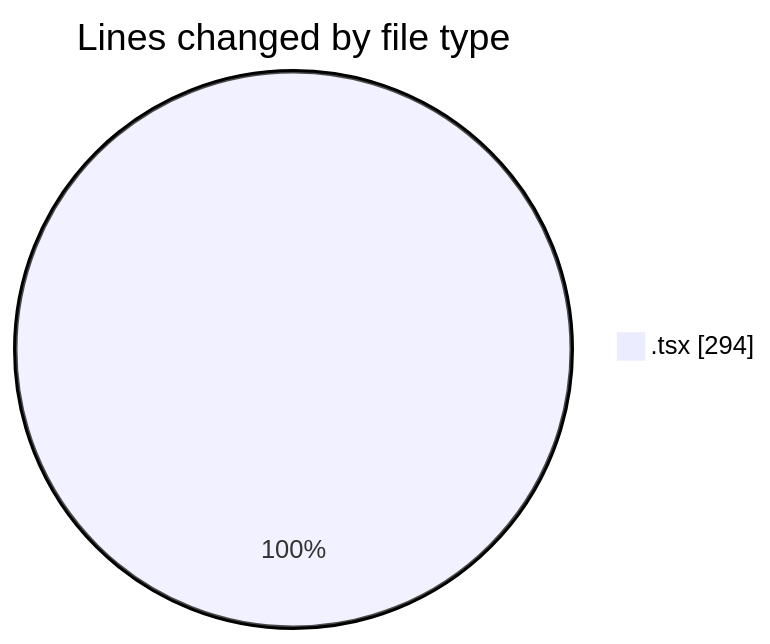
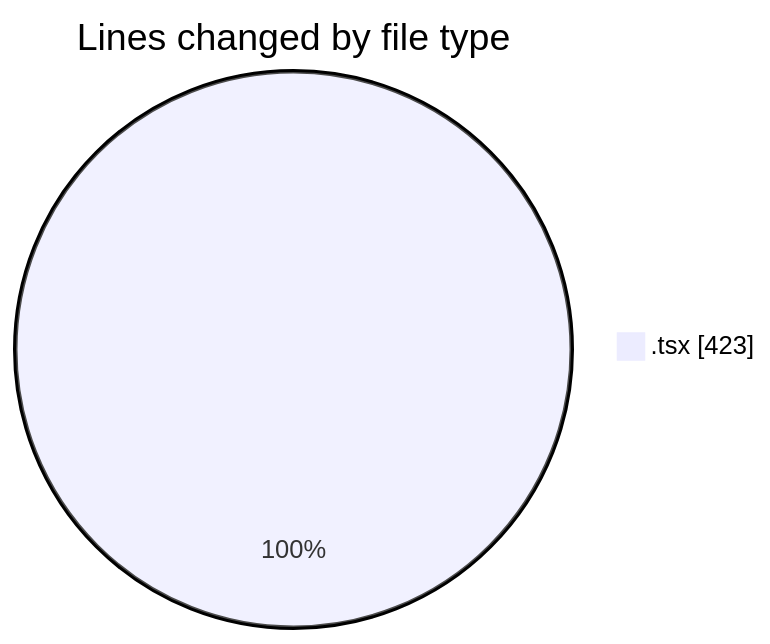
The first of 2 diagrams in 2025-03-10/mbc-web/README.md (robertbonfada/code-tracking), drawn with Mermaid before and after one commit. The commit also changed other lines of this file and 1 other file, not shown here.

````diff
--- a/2025-03-10/mbc-web/README.md
+++ b/2025-03-10/mbc-web/README.md
@@ -27,5 +28,5 @@
 ```mermaid
 pie showData
 title Lines changed by file type
-".tsx" : 294
+".tsx" : 423
 ```
````
